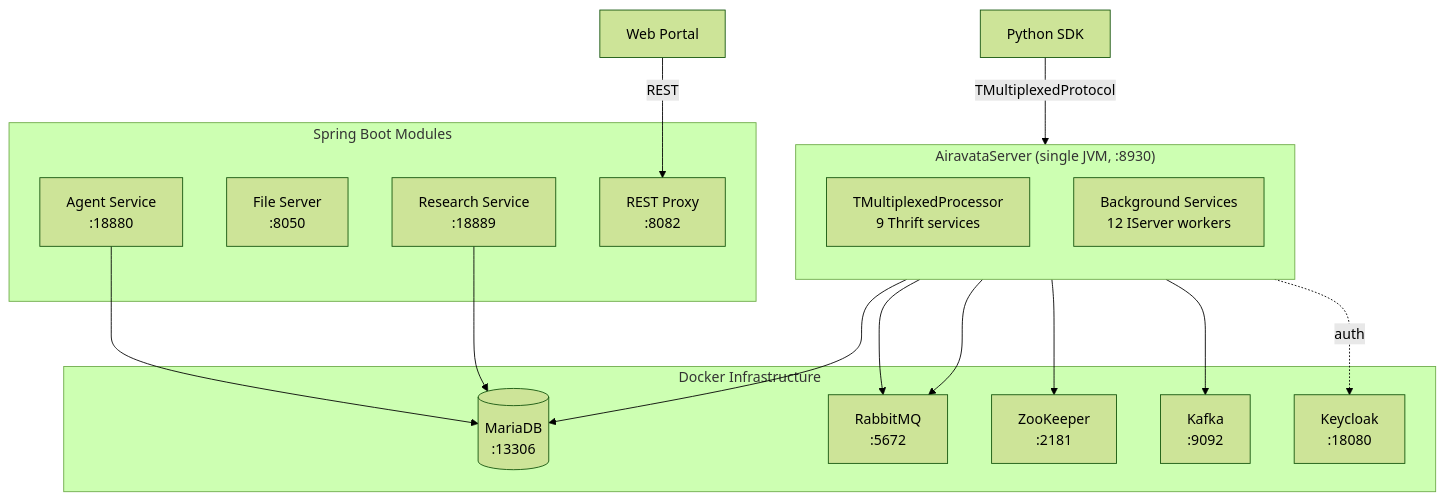
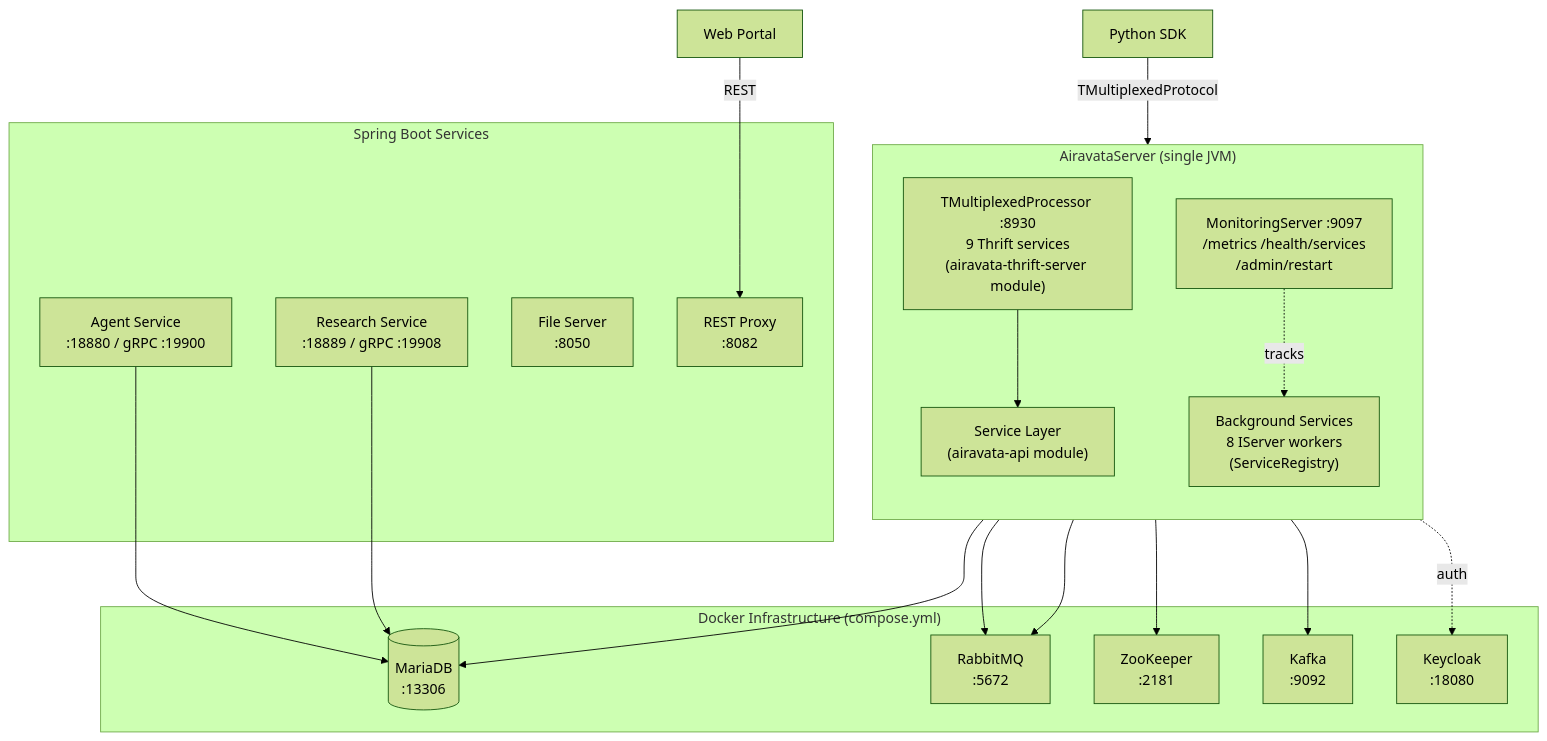
The first of 3 diagrams in README.md (apache/airavata), drawn with Mermaid (forest theme) before and after one commit. The commit also changed other lines of this file and 34 other files, not shown here.

First line of the commit message:
AIRAVATA-3981: Add integration health check — ServiceRegistry, monitoring endpoints, Tiltfile, test suite (#596)

````diff
--- a/README.md
+++ b/README.md
@@ -60,34 +60,38 @@
 ```mermaid
 graph TB
-    subgraph "Docker Infrastructure"
+    subgraph "Docker Infrastructure (compose.yml)"
         DB[(MariaDB<br/>:13306)]
         RMQ[RabbitMQ<br/>:5672]
         ZK[ZooKeeper<br/>:2181]
         KFK[Kafka<br/>:9092]
         KC[Keycloak<br/>:18080]
     end
 
-    subgraph "AiravataServer (single JVM, :8930)"
+    subgraph "AiravataServer (single JVM)"
         direction TB
-        MUX["TMultiplexedProcessor<br/>9 Thrift services"]
-        BG["Background Services<br/>12 IServer workers"]
+        MUX["TMultiplexedProcessor :8930<br/>9 Thrift services<br/>(airavata-thrift-server module)"]
+        SVC["Service Layer<br/>(airavata-api module)"]
+        BG["Background Services<br/>8 IServer workers<br/>(ServiceRegistry)"]
+        MON["MonitoringServer :9097<br/>/metrics  /health/services<br/>/admin/restart"]
     end
 
-    subgraph "Spring Boot Modules"
-        AS[Agent Service<br/>:18880]
+    subgraph "Spring Boot Services"
+        RS[Research Service<br/>:18889 / gRPC :19908]
+        AS[Agent Service<br/>:18880 / gRPC :19900]
         FS[File Server<br/>:8050]
-        RS[Research Service<br/>:18889]
         RP[REST Proxy<br/>:8082]
     end
 
     SDK[Python SDK] -->|TMultiplexedProtocol| MUX
     Portal[Web Portal] -->|REST| RP
-    MUX --> DB
-    MUX --> RMQ
+    MUX --> SVC
+    SVC --> DB
+    SVC --> RMQ
     BG --> ZK
     BG --> KFK
     BG --> RMQ
     AS --> DB
     RS --> DB
-    MUX -.->|auth| KC
+    SVC -.->|auth| KC
+    MON -.->|tracks| BG
 ```
````
